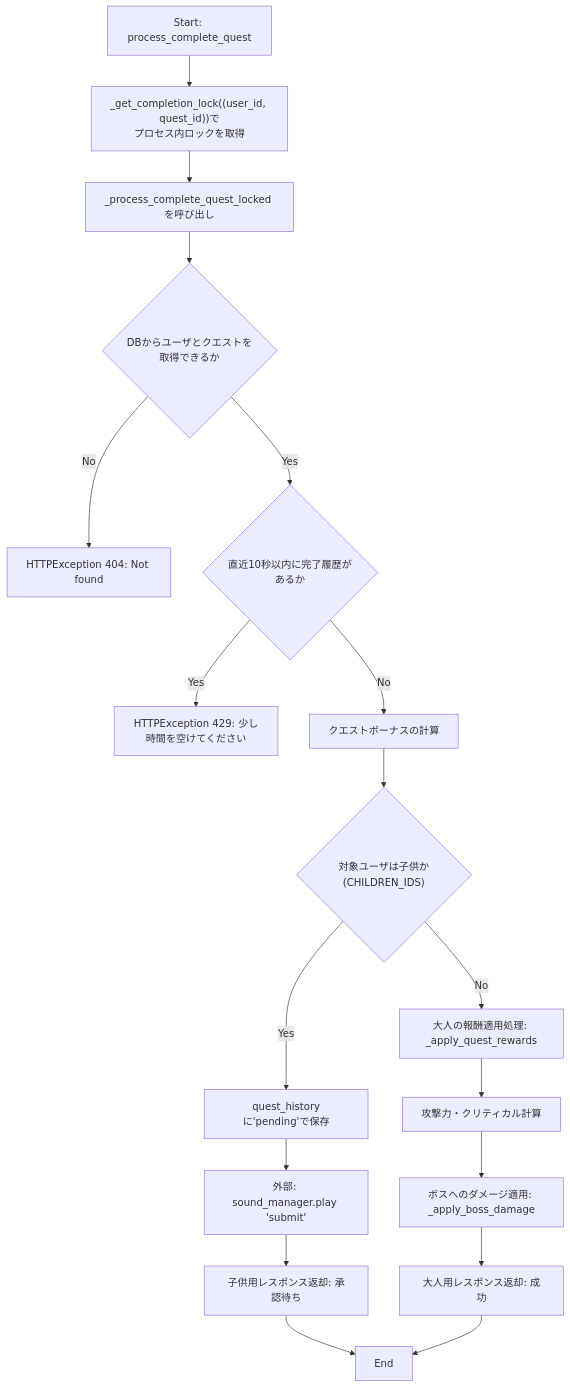
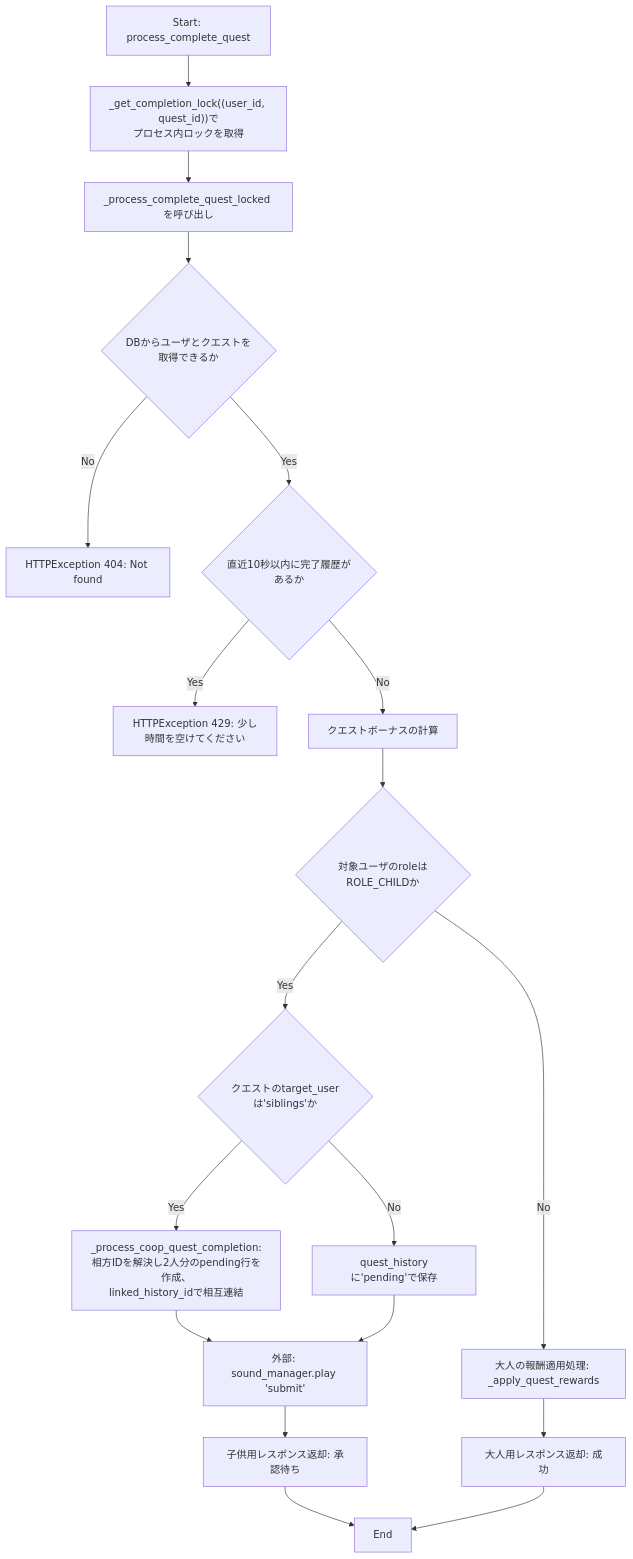
Before and after one commit to mmtigers/my_python_project: the first of 2 diagrams in docs/specifications/MY_HOME_SYSTEM/quest_service.md, drawn with Mermaid. The commit also changed other lines of this file, not shown here.

First line of the commit message:
docs: quest_service.mdをFamily Quest大改修に合わせて全面更新

````diff
--- a/docs/specifications/MY_HOME_SYSTEM/quest_service.md
+++ b/docs/specifications/MY_HOME_SYSTEM/quest_service.md
@@ -838,23 +746,24 @@
 ```mermaid
 flowchart TD
     Start[Start: process_complete_quest] --> AcquireLock["_get_completion_lock((user_id, quest_id))で<br>プロセス内ロックを取得"]
     AcquireLock --> CallLocked["_process_complete_quest_locked を呼び出し"]
     CallLocked --> DB_Select{"DBからユーザとクエストを取得できるか"}
     DB_Select -- No --> Err404[HTTPException 404: Not found]
     DB_Select -- Yes --> SpamCheck{"直近10秒以内に完了履歴があるか"}
     SpamCheck -- Yes --> Err429[HTTPException 429: 少し時間を空けてください]
     SpamCheck -- No --> CalcBoost[クエストボーナスの計算]
-    CalcBoost --> CheckChild{"対象ユーザは子供か(CHILDREN_IDS)"}
-    
-    CheckChild -- Yes --> InsertPending[quest_historyに'pending'で保存]
+    CalcBoost --> CheckChild{"対象ユーザのroleはROLE_CHILDか"}
+
+    CheckChild -- Yes --> CheckSiblings{"クエストのtarget_userは'siblings'か"}
+    CheckSiblings -- Yes --> CoopFlow["_process_coop_quest_completion:<br>相方IDを解決し2人分のpending行を作成、<br>linked_history_idで相互連結"]
+    CoopFlow --> PlaySoundSubmit
+    CheckSiblings -- No --> InsertPending[quest_historyに'pending'で保存]
     InsertPending --> PlaySoundSubmit[外部: sound_manager.play 'submit']
     PlaySoundSubmit --> ReturnPending[子供用レスポンス返却: 承認待ち]
     ReturnPending --> End
-    
+
     CheckChild -- No --> ApplyReward[大人の報酬適用処理: _apply_quest_rewards]
-    ApplyReward --> CalcDamage[攻撃力・クリティカル計算]
-    CalcDamage --> ApplyBossDmg[ボスへのダメージ適用: _apply_boss_damage]
-    ApplyBossDmg --> ReturnAdult[大人用レスポンス返却: 成功]
+    ApplyReward --> ReturnAdult[大人用レスポンス返却: 成功]
     ReturnAdult --> End
 
 ```
````
